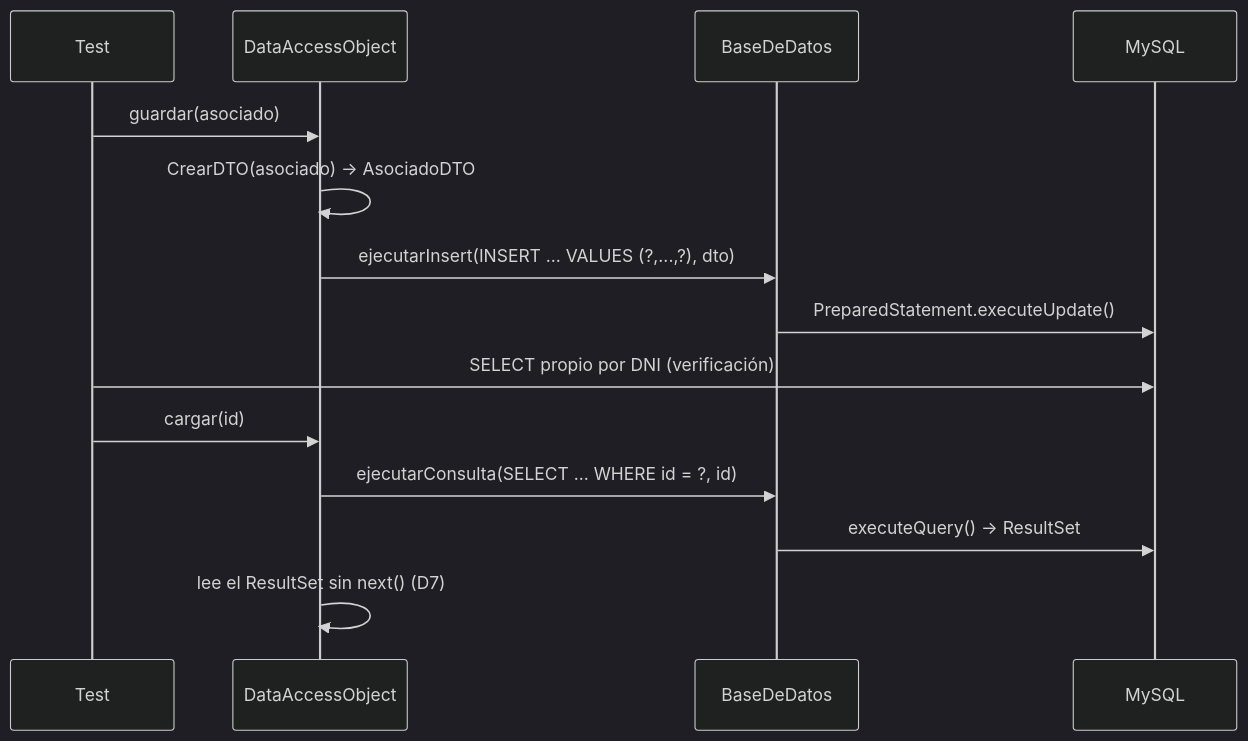
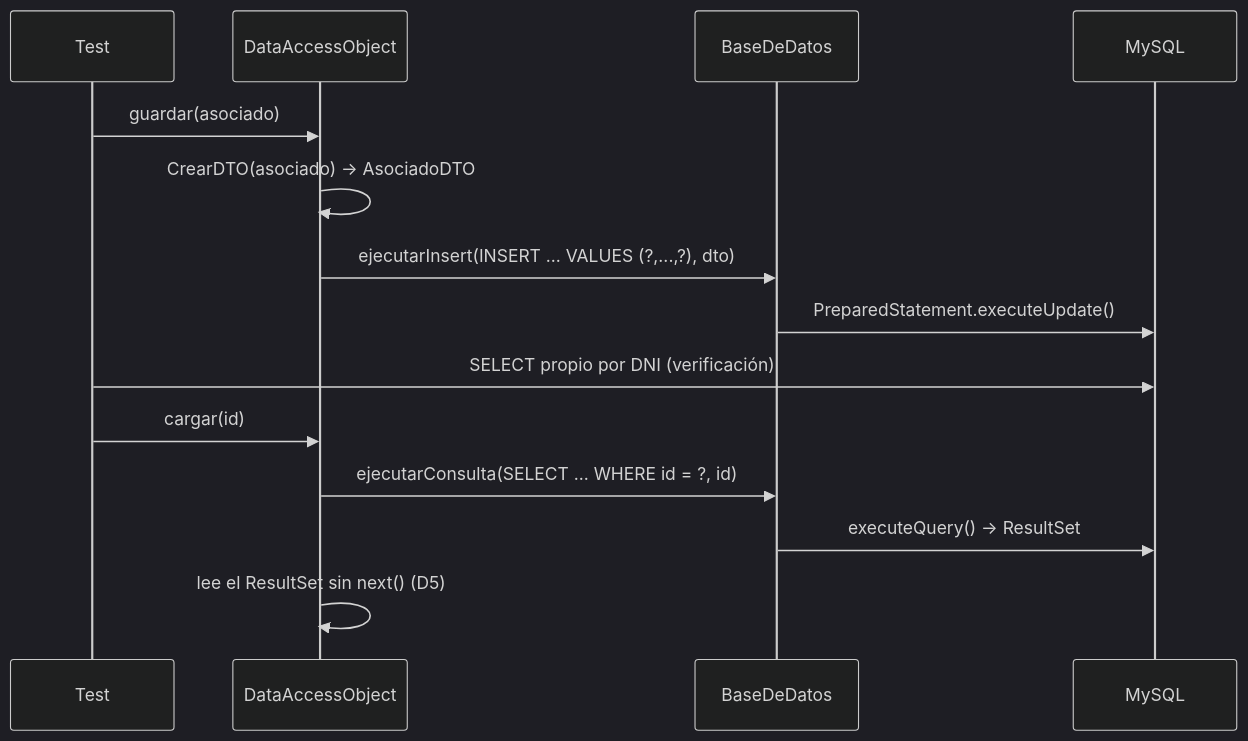
One commit to sim-schleider/clinic-testing-g6 changed the diagram in docs/informe/secciones/04-integracion-bd.md. Above: the diagram before and after it, drawn with Mermaid (dark theme). The commit also changed other lines of this file and 3 other files, not shown here.

````diff
--- a/docs/informe/secciones/04-integracion-bd.md
+++ b/docs/informe/secciones/04-integracion-bd.md
@@ -91,16 +91,16 @@
 ```mermaid
 sequenceDiagram
     participant T as Test
     participant D as DataAccessObject
     participant B as BaseDeDatos
     participant M as MySQL
     T->>D: guardar(asociado)
     D->>D: CrearDTO(asociado) → AsociadoDTO
     D->>B: ejecutarInsert(INSERT ... VALUES (?,...,?), dto)
     B->>M: PreparedStatement.executeUpdate()
     T->>M: SELECT propio por DNI (verificación)
     T->>D: cargar(id)
     D->>B: ejecutarConsulta(SELECT ... WHERE id = ?, id)
     B->>M: executeQuery() → ResultSet
-    D->>D: lee el ResultSet sin next() (D7)
+    D->>D: lee el ResultSet sin next() (D5)
 ```
````
